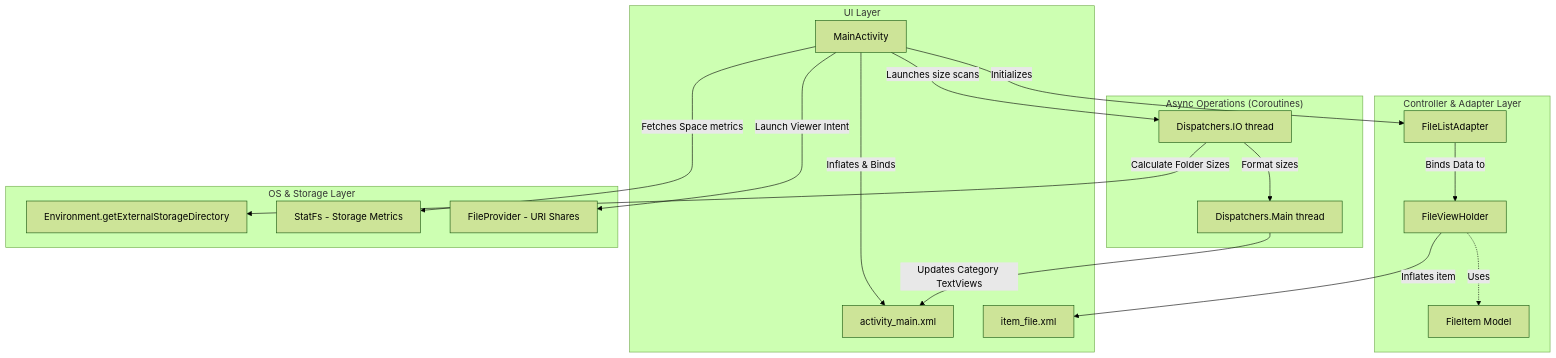
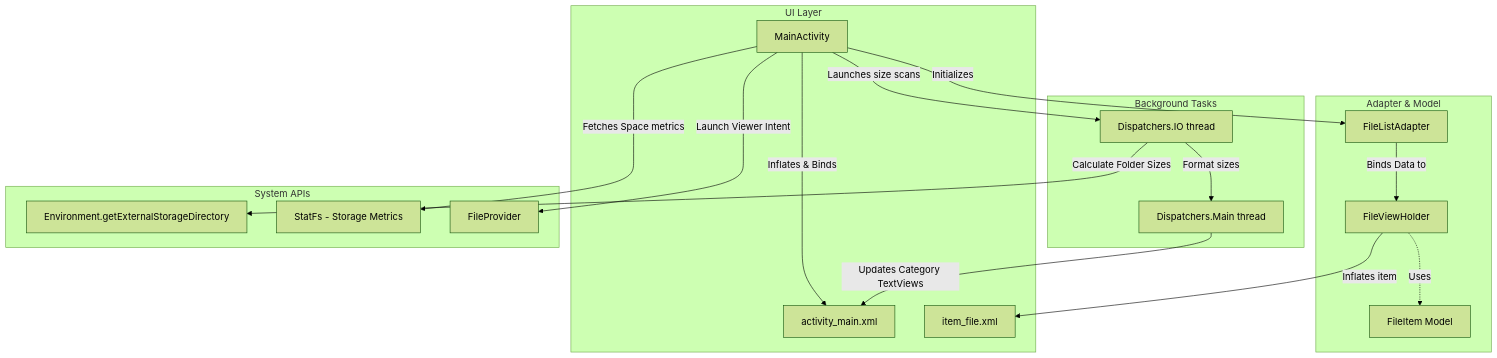
The diagram in README.md (sivan73/FileSim), drawn with Mermaid (forest theme) before and after one commit. The commit also changed other lines of this file, not shown here.

````diff
--- a/README.md
+++ b/README.md
@@ -40,39 +20,39 @@
 ```mermaid
 graph TD
     subgraph UI ["UI Layer"]
         MA[MainActivity]
         L_Main[activity_main.xml]
         L_Item[item_file.xml]
     end
 
-    subgraph Controller ["Controller & Adapter Layer"]
+    subgraph Controller ["Adapter & Model"]
         FLA[FileListAdapter]
         FVH[FileViewHolder]
         FItem[FileItem Model]
     end
 
-    subgraph Async ["Async Operations (Coroutines)"]
+    subgraph Threading ["Background Tasks"]
         IO[Dispatchers.IO thread]
         MainThread[Dispatchers.Main thread]
     end
 
-    subgraph OS ["OS & Storage Layer"]
+    subgraph OS ["System APIs"]
         Env[Environment.getExternalStorageDirectory]
         Stat[StatFs - Storage Metrics]
-        FP[FileProvider - URI Shares]
+        FP[FileProvider]
     end
 
     MA -->|Inflates & Binds| L_Main
     MA -->|Initializes| FLA
     FLA -->|Binds Data to| FVH
     FVH -->|Inflates item| L_Item
     FVH -.->|Uses| FItem
 
     MA -->|Launches size scans| IO
     IO -->|Calculate Folder Sizes| Env
     IO -->|Format sizes| MainThread
     MainThread -->|Updates Category TextViews| L_Main
 
     MA -->|Fetches Space metrics| Stat
     MA -->|Launch Viewer Intent| FP
 ```
````
